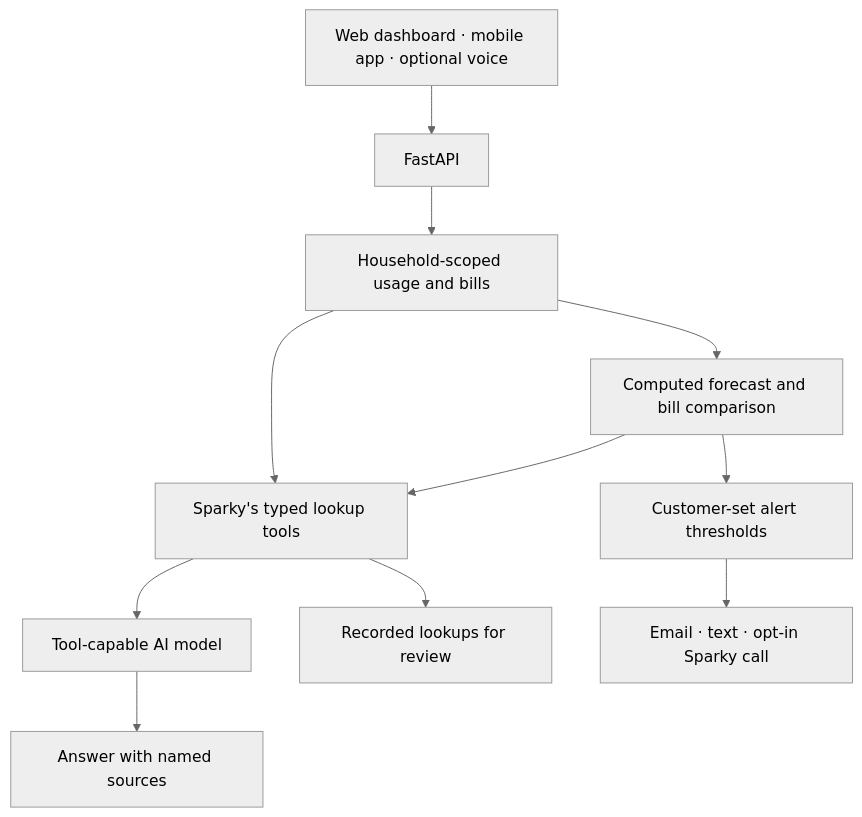
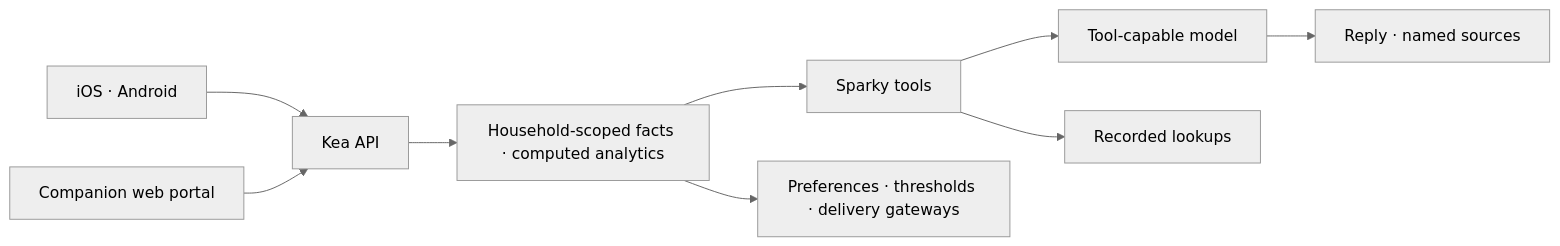
Before and after one commit to SagarNautiyalGetIt/kea-home-energy-advisor-ai-agent: the diagram in README.md, drawn with Mermaid (neutral theme). The commit also changed other lines of this file and 7 other files, not shown here.

Commit message:
docs(mobile): put the current app experience first in README (#359)

````diff
--- a/README.md
+++ b/README.md
@@ -145,13 +245,11 @@
 ```mermaid
-flowchart TD
-    A["Web dashboard · mobile app · optional voice"] --> B["FastAPI"]
-    B --> C["Household-scoped usage and bills"]
-    C --> D["Computed forecast and bill comparison"]
-    C --> E["Sparky's typed lookup tools"]
-    D --> E
-    E --> F["Tool-capable AI model"]
-    F --> G["Answer with named sources"]
-    E --> H["Recorded lookups for review"]
-    D --> I["Customer-set alert thresholds"]
-    I --> J["Email · text · opt-in Sparky call"]
+flowchart LR
+    Mobile["iOS · Android"] --> API["Kea API"]
+    Web["Companion web portal"] --> API
+    API --> Facts["Household-scoped facts · computed analytics"]
+    Facts --> Tools["Sparky tools"]
+    Tools --> Model["Tool-capable model"]
+    Model --> Answer["Reply · named sources"]
+    Tools --> Record["Recorded lookups"]
+    Facts --> Alerts["Preferences · thresholds · delivery gateways"]
 ```
````
